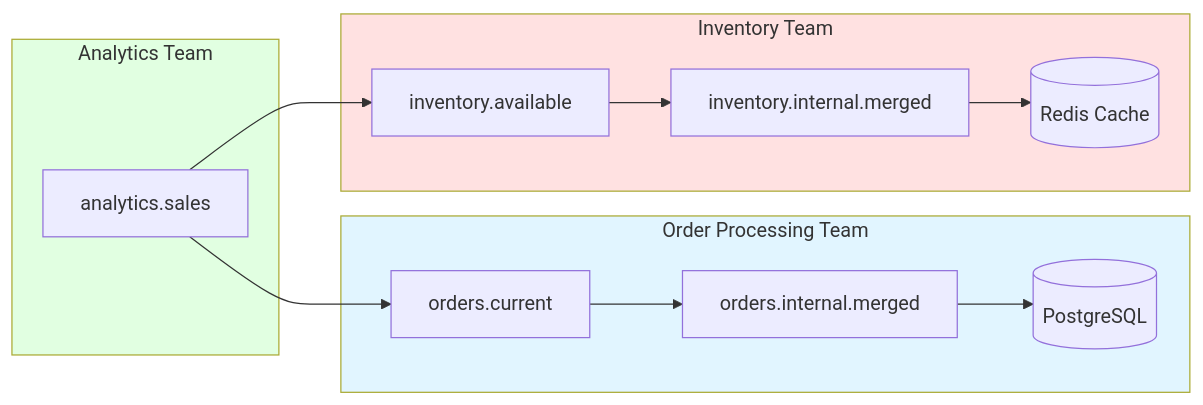
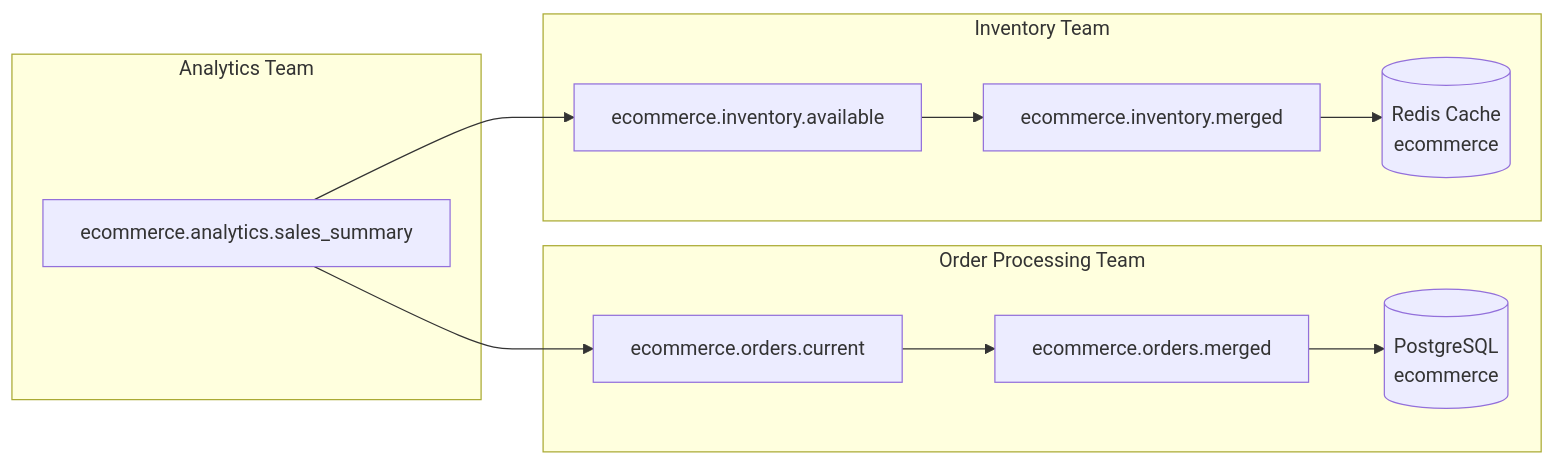
Before and after one commit to robfromboulder/virtual-view-manifesto: the sixth of 9 diagrams in README.md, drawn with Mermaid. The commit also changed other lines of this file and 2 other files, not shown here.

Commit message:
Improve examples and diagrams

````diff
--- a/README.md
+++ b/README.md
@@ -944,21 +943,17 @@
 ```mermaid
 flowchart LR
-    subgraph Feature1[Order Processing Team]
-        O1[orders.current] --> O2[orders.internal.merged]
-        O2 --> DB1[(PostgreSQL)]
+    subgraph Feature1["Order Processing Team"]
+        O1["ecommerce.orders.current"] --> O2["ecommerce.orders.merged"]
+        O2 --> DB1[("PostgreSQL<br/>ecommerce")]
     end
 
-    subgraph Feature2[Inventory Team]
-        I1[inventory.available] --> I2[inventory.internal.merged]
-        I2 --> DB2[(Redis Cache)]
+    subgraph Feature2["Inventory Team"]
+        I1["ecommerce.inventory.available"] --> I2["ecommerce.inventory.merged"]
+        I2 --> DB2[("Redis Cache<br/>ecommerce")]
     end
 
-    subgraph Feature3[Analytics Team]
-        A1[analytics.sales] --> O1
+    subgraph Feature3["Analytics Team"]
+        A1["ecommerce.analytics.sales_summary"] --> O1
         A1 --> I1
     end
-
-    style Feature1 fill:#e1f5ff
-    style Feature2 fill:#ffe1e1
-    style Feature3 fill:#e1ffe1
 ```
````
